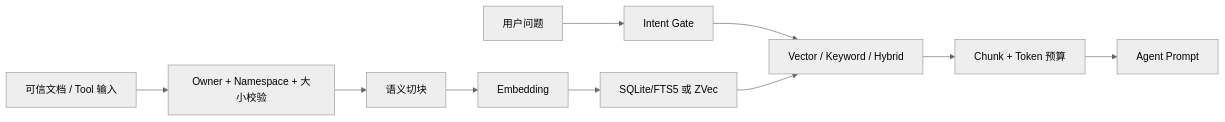
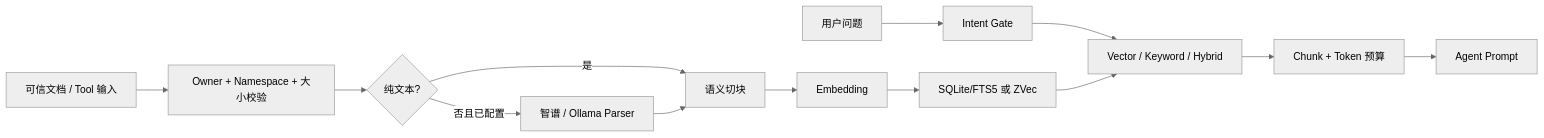
The diagram in extensions/knowledge/README.zh-CN.md (partme-ai/openclaw-plugins), drawn with Mermaid (neutral theme) before and after one commit. The commit also changed other lines of this file and 592 other files, not shown here.

First line of the commit message:
feat(e2e): 添加地图能力插件与微信抖音扩展功能

````diff
--- a/extensions/knowledge/README.zh-CN.md
+++ b/extensions/knowledge/README.zh-CN.md
@@ -11,7 +11,10 @@
 ```mermaid
 flowchart LR
     DOC["可信文档 / Tool 输入"] --> ACL["Owner + Namespace + 大小校验"]
-    ACL --> CHUNK["语义切块"] --> EMB["Embedding"] --> STORE["SQLite/FTS5 或 ZVec"]
+    ACL --> TYPE{"纯文本?"}
+    TYPE -->|是| CHUNK["语义切块"]
+    TYPE -->|否且已配置| PARSER["智谱 / Ollama Parser"] --> CHUNK
+    CHUNK --> EMB["Embedding"] --> STORE["SQLite/FTS5 或 ZVec"]
     USER["用户问题"] --> GATE["Intent Gate"] --> RETRIEVE["Vector / Keyword / Hybrid"]
     STORE --> RETRIEVE --> BUDGET["Chunk + Token 预算"] --> PROMPT["Agent Prompt"]
 ```
````
